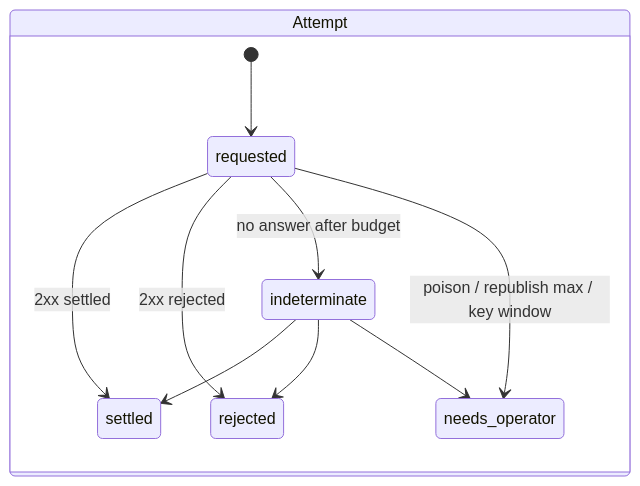
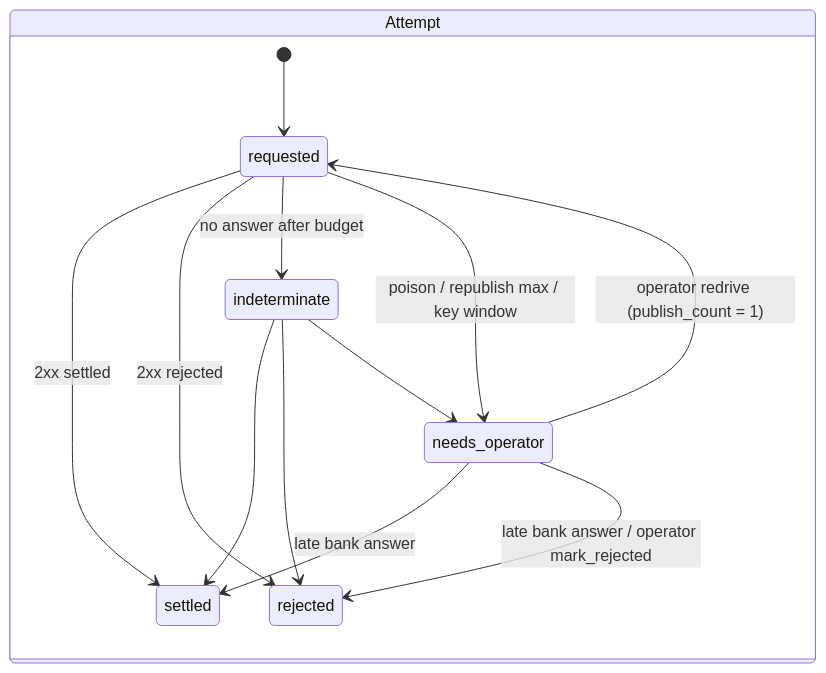
The second of 2 diagrams in docs/specs/payrun-0.1/design-high-level.md (Positron00/FinApp), drawn with Mermaid before and after one commit. The commit also changed other lines of this file and 15 other files, not shown here.

````diff
--- a/docs/specs/payrun-0.1/design-high-level.md
+++ b/docs/specs/payrun-0.1/design-high-level.md
@@ -48,14 +48,17 @@
 ```mermaid
 stateDiagram-v2
   direction LR
   state "Attempt" as A {
     [*] --> requested
     requested --> settled: 2xx settled
     requested --> rejected: 2xx rejected
     requested --> indeterminate: no answer after budget
     indeterminate --> settled
     indeterminate --> rejected
     requested --> needs_operator: poison / republish max / key window
     indeterminate --> needs_operator
+    needs_operator --> settled: late bank answer
+    needs_operator --> rejected: late bank answer / operator mark_rejected
+    needs_operator --> requested: operator redrive (publish_count = 1)
   }
 ```
````
